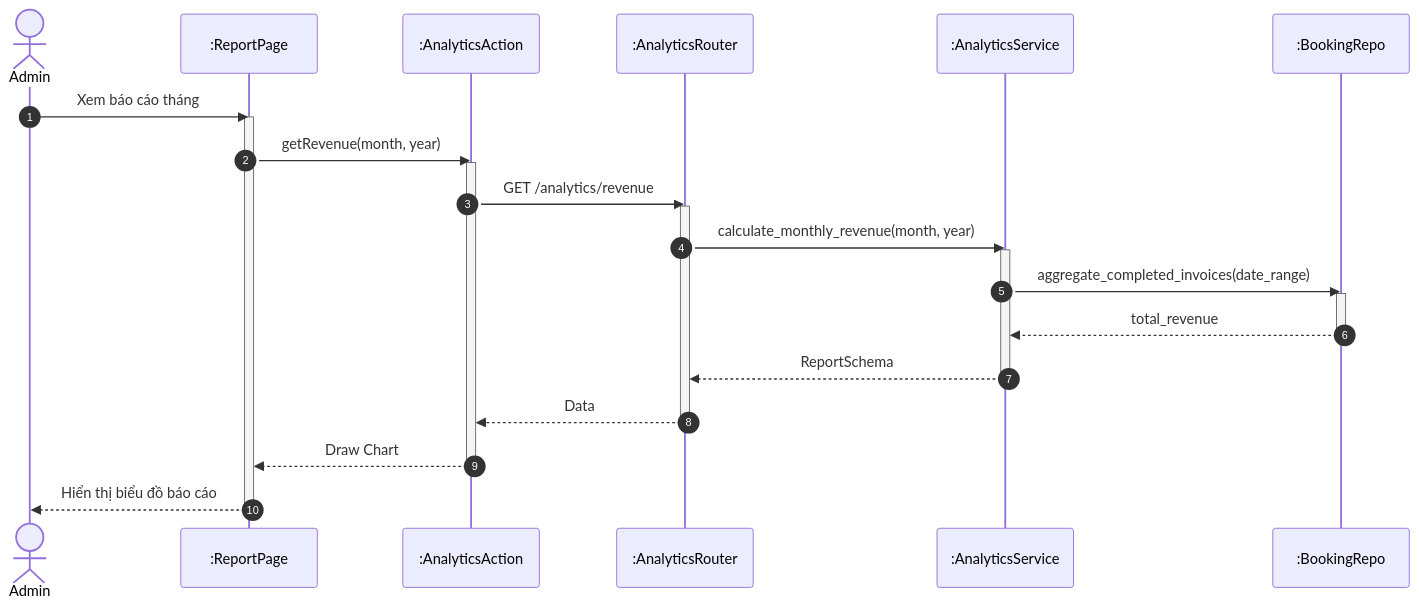
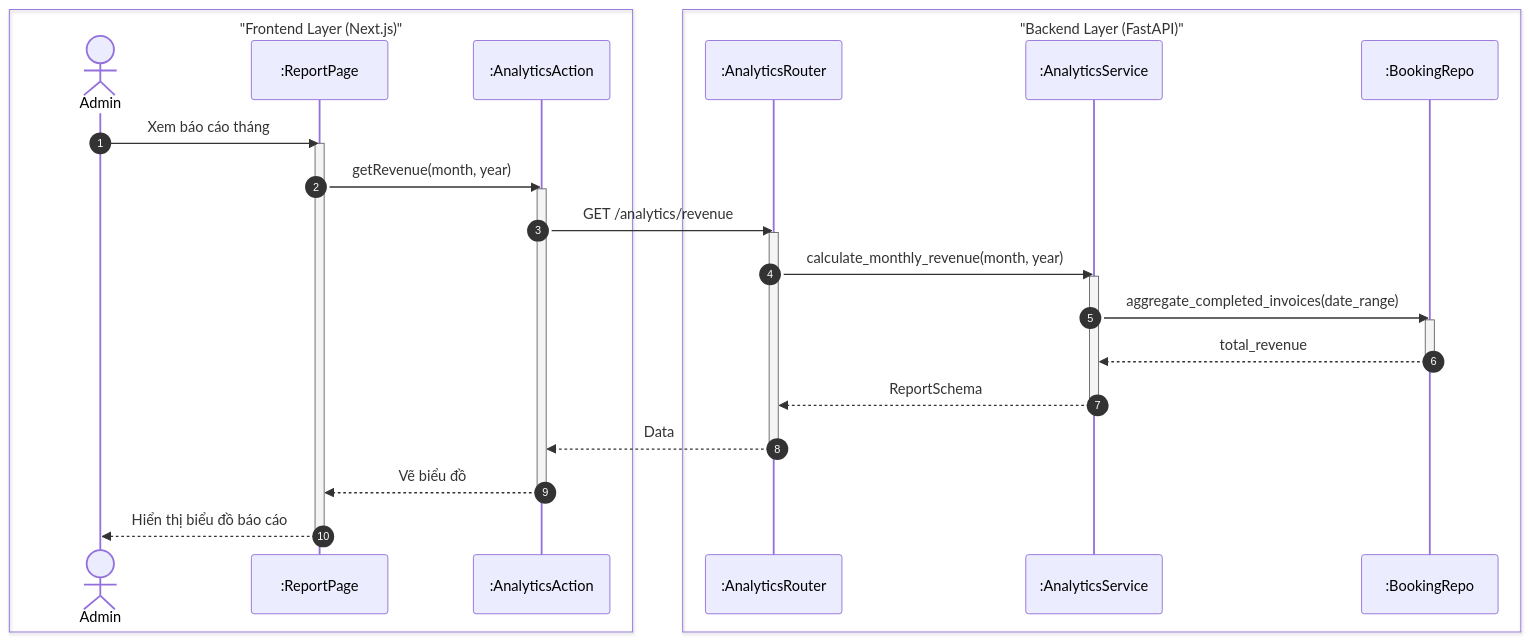
The fourth of 4 diagrams in docs/design/sequences/admin_flows.md (ngoctinn/Synapse), drawn with Mermaid before and after one commit. The commit also changed other lines of this file and 4 other files, not shown here.

Commit message:
docs: Add initial sequence diagrams for authentication, customer, technician, receptionist, and admin flows.

````diff
--- a/docs/design/sequences/admin_flows.md
+++ b/docs/design/sequences/admin_flows.md
@@ -156,38 +177,43 @@
 ```mermaid
 sequenceDiagram
     autonumber
-    actor AD as Admin
-    participant UI as :ReportPage
-    participant BFF as :AnalyticsAction
-    participant API as :AnalyticsRouter
-    participant S as :AnalyticsService
-    participant DB as :BookingRepo
+    box "Frontend Layer (Next.js)"
+        actor AD as Admin
+        participant UI as :ReportPage
+        participant BFF as :AnalyticsAction
+    end
+
+    box "Backend Layer (FastAPI)"
+        participant API as :AnalyticsRouter
+        participant S as :AnalyticsService
+        participant DB as :BookingRepo
+    end
 
     AD->>UI: Xem báo cáo tháng
     activate UI
     UI->>BFF: getRevenue(month, year)
     activate BFF
 
     BFF->>API: GET /analytics/revenue
     activate API
 
     API->>S: calculate_monthly_revenue(month, year)
     activate S
 
     S->>DB: aggregate_completed_invoices(date_range)
     activate DB
     DB-->>S: total_revenue
     deactivate DB
 
     S-->>API: ReportSchema
     deactivate S
 
     API-->>BFF: Data
     deactivate API
 
-    BFF-->>UI: Draw Chart
+    BFF-->>UI: Vẽ biểu đồ
     deactivate BFF
 
     UI-->>AD: Hiển thị biểu đồ báo cáo
     deactivate UI
 ```
````
